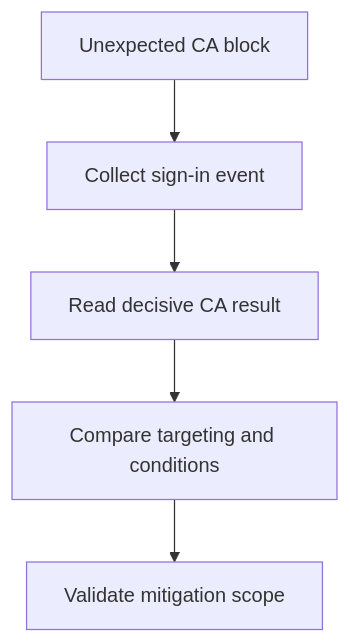
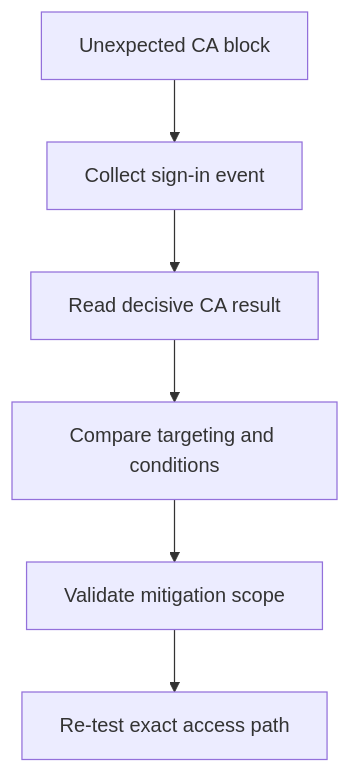
Before and after one commit to yeongseon/azure-entra-id-practical-guide: the diagram in docs/troubleshooting/playbooks/conditional-access-unexpected-block.md, drawn with Mermaid. The commit also changed other lines of this file and 29 other files, not shown here.

````diff
--- a/docs/troubleshooting/playbooks/conditional-access-unexpected-block.md
+++ b/docs/troubleshooting/playbooks/conditional-access-unexpected-block.md
@@ -19,7 +40,8 @@
 ```mermaid
 flowchart TD
     A[Unexpected CA block] --> B[Collect sign-in event]
     B --> C[Read decisive CA result]
     C --> D[Compare targeting and conditions]
     D --> E[Validate mitigation scope]
+    E --> F[Re-test exact access path]
 ```
````
